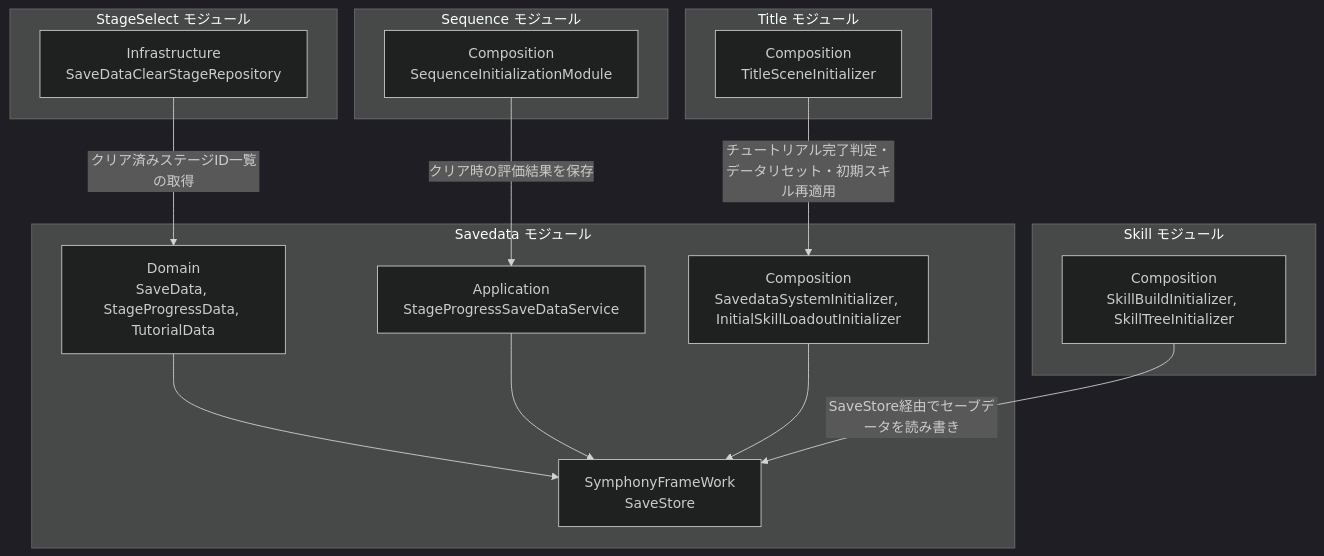
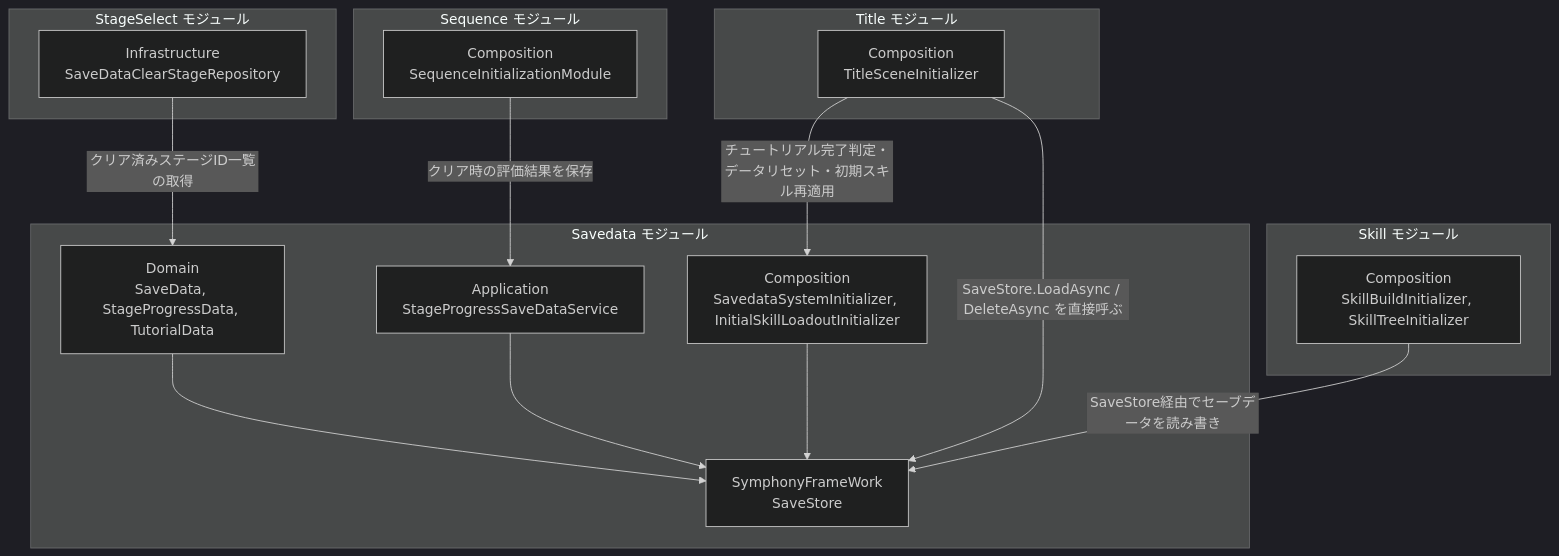
One commit to HIBIKI5201/SymphonyKillChord changed the first of 3 diagrams in Assets/Docs/ScriptsDocs/Modules/NotionModuleDocs/Savedata.md. Above: the diagram before and after it, drawn with Mermaid (dark theme). The commit also changed other lines of this file and 17 other files, not shown here.

````diff
--- a/Assets/Docs/ScriptsDocs/Modules/NotionModuleDocs/Savedata.md
+++ b/Assets/Docs/ScriptsDocs/Modules/NotionModuleDocs/Savedata.md
@@ -44,35 +44,36 @@
 ```mermaid
 graph TD
     %% 定義 (接続のないレイヤーは省略)
     subgraph SavedataModule [Savedata モジュール]
         SD_Domain["Domain<br>SaveData, StageProgressData, TutorialData"]
         SD_Store["SymphonyFrameWork<br>SaveStore"]
         SD_App["Application<br>StageProgressSaveDataService"]
         SD_Composition["Composition<br>SavedataSystemInitializer, InitialSkillLoadoutInitializer"]
         SD_Domain --> SD_Store
         SD_App --> SD_Store
         SD_Composition --> SD_Store
     end
 
     subgraph SequenceModule [Sequence モジュール]
         SQ_Composition["Composition<br>SequenceInitializationModule"]
     end
 
     subgraph StageSelectModule [StageSelect モジュール]
         SS_Infra["Infrastructure<br>SaveDataClearStageRepository"]
     end
 
     subgraph TitleModule [Title モジュール]
         T_Composition["Composition<br>TitleSceneInitializer"]
     end
 
     subgraph SkillModule [Skill モジュール]
         SK_Composition["Composition<br>SkillBuildInitializer, SkillTreeInitializer"]
     end
 
     %% 依存関係
     SQ_Composition -->|"クリア時の評価結果を保存"| SD_App
     SS_Infra -->|"クリア済みステージID一覧の取得"| SD_Domain
     T_Composition -->|"チュートリアル完了判定・データリセット・初期スキル再適用"| SD_Composition
+    T_Composition -->|"SaveStore.LoadAsync / DeleteAsync を直接呼ぶ"| SD_Store
     SK_Composition -->|"SaveStore経由でセーブデータを読み書き"| SD_Store
 ```
````
